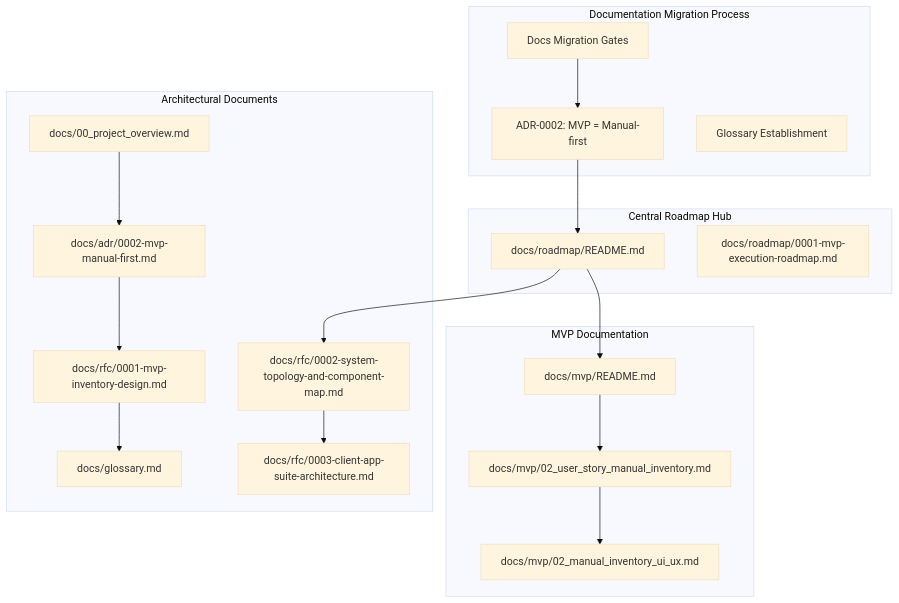
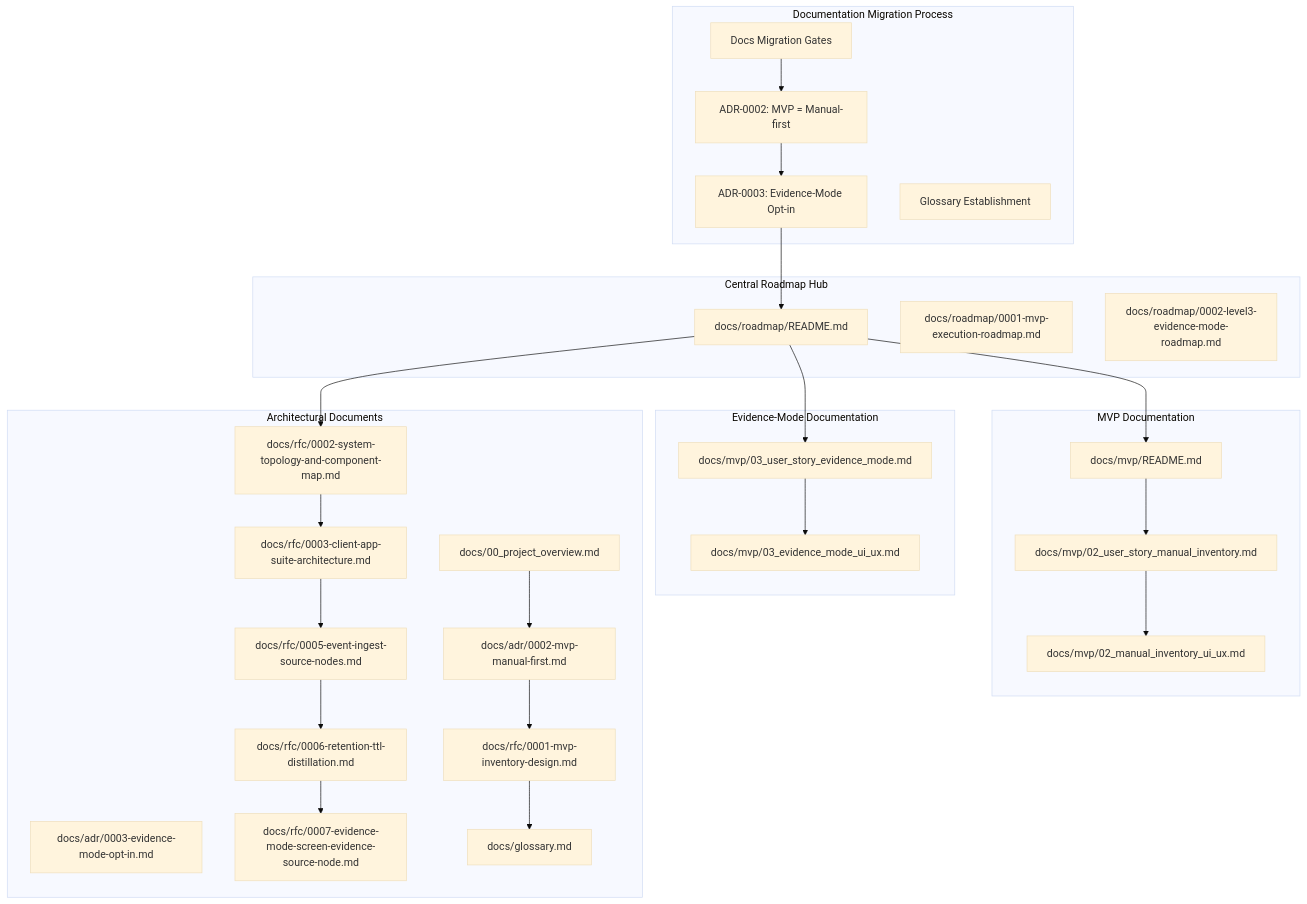
The first of 4 diagrams in .qoder/repowiki/en/content/Development Roadmap.md (asukhodko/timeskein), drawn with Mermaid (base theme) before and after one commit. The commit also changed other lines of this file and 6 other files, not shown here.

First line of the commit message:
docs(adr): add ADR-0003 Evidence-Mode Opt-in architecture decision

````diff
--- a/.qoder/repowiki/en/content/Development Roadmap.md
+++ b/.qoder/repowiki/en/content/Development Roadmap.md
@@ -53,35 +68,51 @@
 ```mermaid
 graph TB
 subgraph "Central Roadmap Hub"
 R1["docs/roadmap/README.md"]
 R2["docs/roadmap/0001-mvp-execution-roadmap.md"]
+R3["docs/roadmap/0002-level3-evidence-mode-roadmap.md"]
 end
 subgraph "Documentation Migration Process"
 DM1["Docs Migration Gates"]
 DM2["ADR-0002: MVP = Manual-first"]
-DM3["Glossary Establishment"]
+DM3["ADR-0003: Evidence-Mode Opt-in"]
+DM4["Glossary Establishment"]
 end
 subgraph "MVP Documentation"
 U1["docs/mvp/README.md"]
 U2["docs/mvp/02_user_story_manual_inventory.md"]
 U3["docs/mvp/02_manual_inventory_ui_ux.md"]
 end
+subgraph "Evidence-Mode Documentation"
+E1["docs/mvp/03_user_story_evidence_mode.md"]
+E2["docs/mvp/03_evidence_mode_ui_ux.md"]
+end
 subgraph "Architectural Documents"
 ADR["docs/adr/0002-mvp-manual-first.md"]
+ADR3["docs/adr/0003-evidence-mode-opt-in.md"]
 RFC1["docs/rfc/0001-mvp-inventory-design.md"]
 RFC2["docs/rfc/0002-system-topology-and-component-map.md"]
 RFC3["docs/rfc/0003-client-app-suite-architecture.md"]
+RFC5["docs/rfc/0005-event-ingest-source-nodes.md"]
+RFC6["docs/rfc/0006-retention-ttl-distillation.md"]
+RFC7["docs/rfc/0007-evidence-mode-screen-evidence-source-node.md"]
 OVER["docs/00_project_overview.md"]
 GLOSS["docs/glossary.md"]
 end
 DM1 --> DM2
-DM2 --> R1
+DM2 --> DM3
+DM3 --> R1
 R1 --> U1
 U1 --> U2
 U2 --> U3
+R1 --> E1
+E1 --> E2
 R1 --> RFC2
 RFC2 --> RFC3
+RFC3 --> RFC5
+RFC5 --> RFC6
+RFC6 --> RFC7
 ADR --> RFC1
 OVER --> ADR
 RFC1 --> GLOSS
 ```
````
